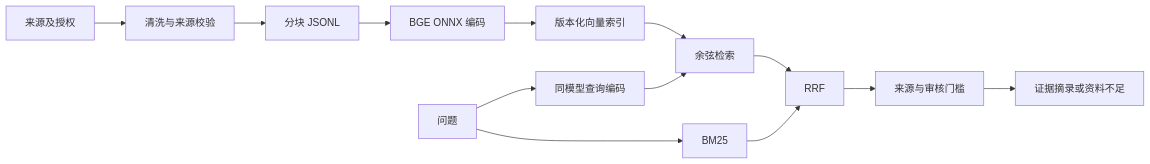
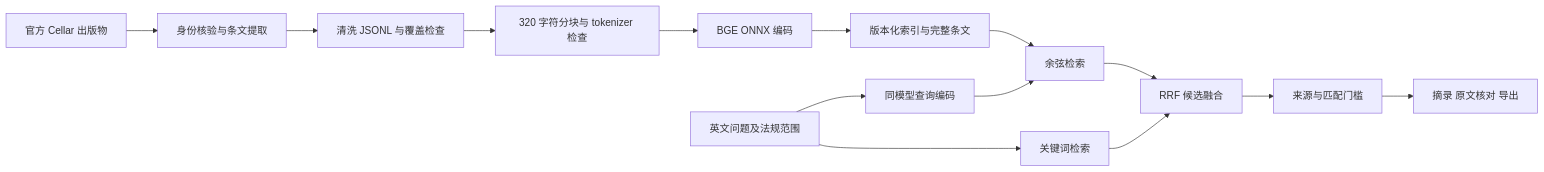
Before and after one commit to sagiistar-prog/eu-law-rag-agent: the diagram in knowledge/README.md, drawn with Mermaid. The commit also changed other lines of this file and 50 other files, not shown here.

````diff
--- a/knowledge/README.md
+++ b/knowledge/README.md
@@ -5,15 +5,16 @@
 ```mermaid
 flowchart LR
- A[来源及授权] --> B[清洗与来源校验]
- B --> C[分块 JSONL]
- C --> D[BGE ONNX 编码]
- D --> E[版本化向量索引]
- Q[问题] --> F[同模型查询编码]
- Q --> G[BM25]
- E --> H[余弦检索]
- F --> H
- H --> I[RRF]
+ A[官方 Cellar 出版物] --> B[身份核验与条文提取]
+ B --> C[清洗 JSONL 与覆盖检查]
+ C --> D[320 字符分块与 tokenizer 检查]
+ D --> E[BGE ONNX 编码]
+ E --> F[版本化索引与完整条文]
+ Q[英文问题及法规范围] --> G[同模型查询编码]
+ Q --> H[关键词检索]
+ F --> I[余弦检索]
  G --> I
- I --> J[来源与审核门槛]
- J --> K[证据摘录或资料不足]
+ H --> J[RRF 候选融合]
+ I --> J
+ J --> K[来源与匹配门槛]
+ K --> L[摘录 原文核对 导出]
 ```
````
